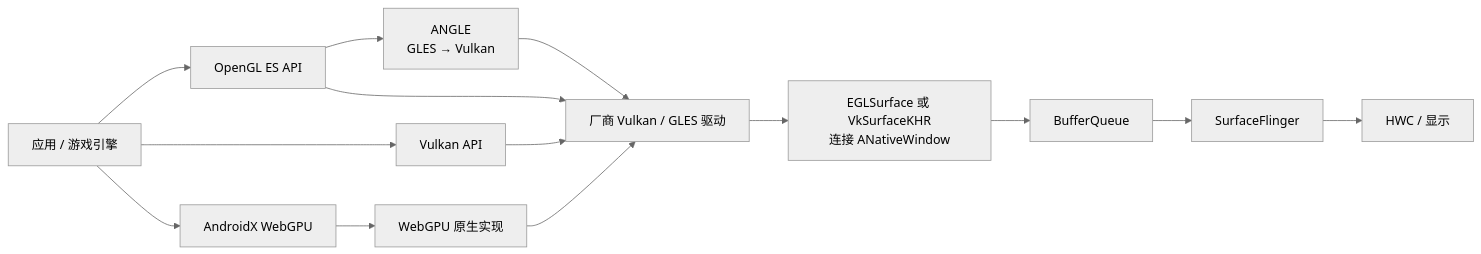
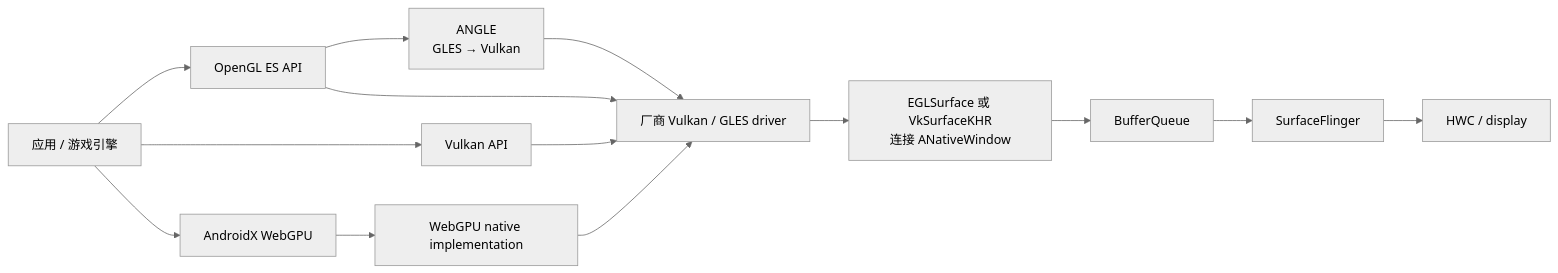
One commit to Gracker/android-internals-wiki changed the diagram in src/part1-fundamentals/ch02-rendering/14-graphics-api-evolution.md. Above: the diagram before and after it, drawn with Mermaid (neutral theme). The commit also changed other lines of this file and 4 other files, not shown here.

````diff
--- a/src/part1-fundamentals/ch02-rendering/14-graphics-api-evolution.md
+++ b/src/part1-fundamentals/ch02-rendering/14-graphics-api-evolution.md
@@ -116,23 +116,23 @@
 ```mermaid
 flowchart LR
     App["应用 / 游戏引擎"]
     GLES["OpenGL ES API"]
     Vulkan["Vulkan API"]
     WebGPU["AndroidX WebGPU"]
     ANGLE["ANGLE<br/>GLES → Vulkan"]
-    Dawn["WebGPU 原生实现"]
-    Driver["厂商 Vulkan / GLES 驱动"]
+    Dawn["WebGPU native implementation"]
+    Driver["厂商 Vulkan / GLES driver"]
     Window["EGLSurface 或 VkSurfaceKHR<br/>连接 ANativeWindow"]
     BQ["BufferQueue"]
     SF["SurfaceFlinger"]
-    HWC["HWC / 显示"]
+    HWC["HWC / display"]
 
     App --> GLES
     App --> Vulkan
     App --> WebGPU
     GLES --> ANGLE --> Driver
     GLES --> Driver
     Vulkan --> Driver
     WebGPU --> Dawn --> Driver
     Driver --> Window --> BQ --> SF --> HWC
 ```
````
